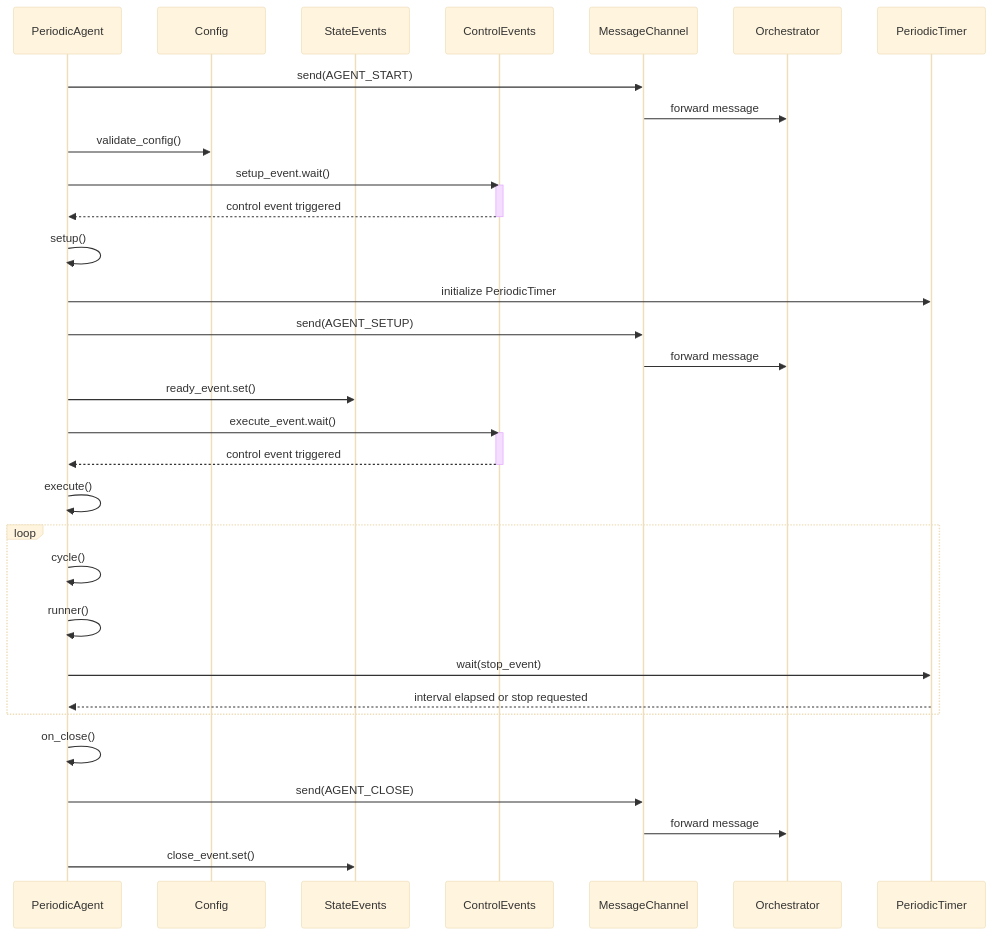
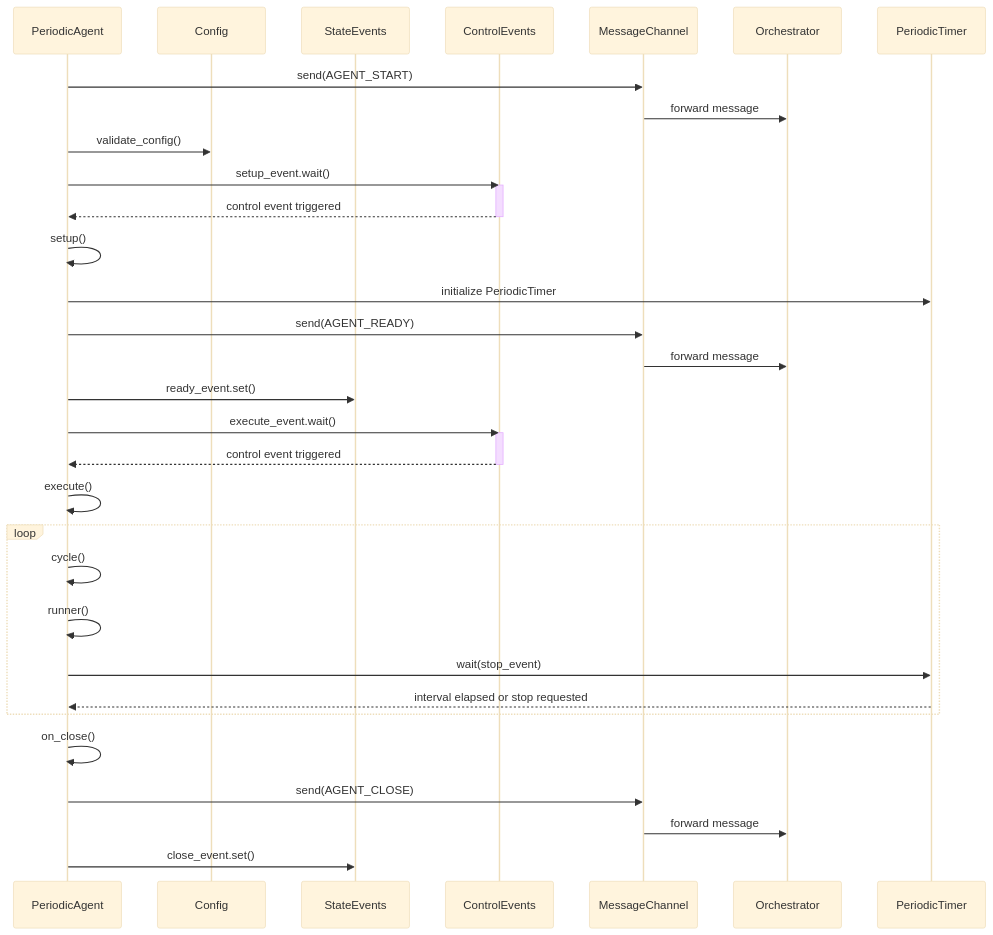
The second of 2 diagrams in docs/learn/agents/built-in-agents/periodicagent.mdx (giulio333/PyOrchestrate), drawn with Mermaid (base theme) before and after one commit. The commit also changed 24 other files, not shown here.

````diff
--- a/docs/learn/agents/built-in-agents/periodicagent.mdx
+++ b/docs/learn/agents/built-in-agents/periodicagent.mdx
@@ -72,38 +72,38 @@
 ```mermaid
 sequenceDiagram
     participant Agent as PeriodicAgent
     participant Config as Config
     participant StateEvents as StateEvents
     participant ControlEvents as ControlEvents
     participant MessageChannel as MessageChannel
     participant Orchestrator as Orchestrator
     participant Timer as PeriodicTimer
 
     Agent->>MessageChannel: send(AGENT_START)
     MessageChannel->>Orchestrator: forward message
     Agent->>Config: validate_config()
     Agent->>ControlEvents: setup_event.wait()
     activate ControlEvents
     ControlEvents-->>Agent: control event triggered
     deactivate ControlEvents
     Agent->>Agent: setup()
     Agent->>Timer: initialize PeriodicTimer
-    Agent->>MessageChannel: send(AGENT_SETUP)
+    Agent->>MessageChannel: send(AGENT_READY)
     MessageChannel->>Orchestrator: forward message
     Agent->>StateEvents: ready_event.set()
     Agent->>ControlEvents: execute_event.wait()
     activate ControlEvents
     ControlEvents-->>Agent: control event triggered
     deactivate ControlEvents
     Agent->>Agent: execute()
     loop
         Agent->>Agent: cycle()
         Agent->>Agent: runner()
         Agent->>Timer: wait(stop_event)
         Timer-->>Agent: interval elapsed or stop requested
     end
     Agent->>Agent: on_close()
     Agent->>MessageChannel: send(AGENT_CLOSE)
     MessageChannel->>Orchestrator: forward message
     Agent->>StateEvents: close_event.set()
 ```
````
